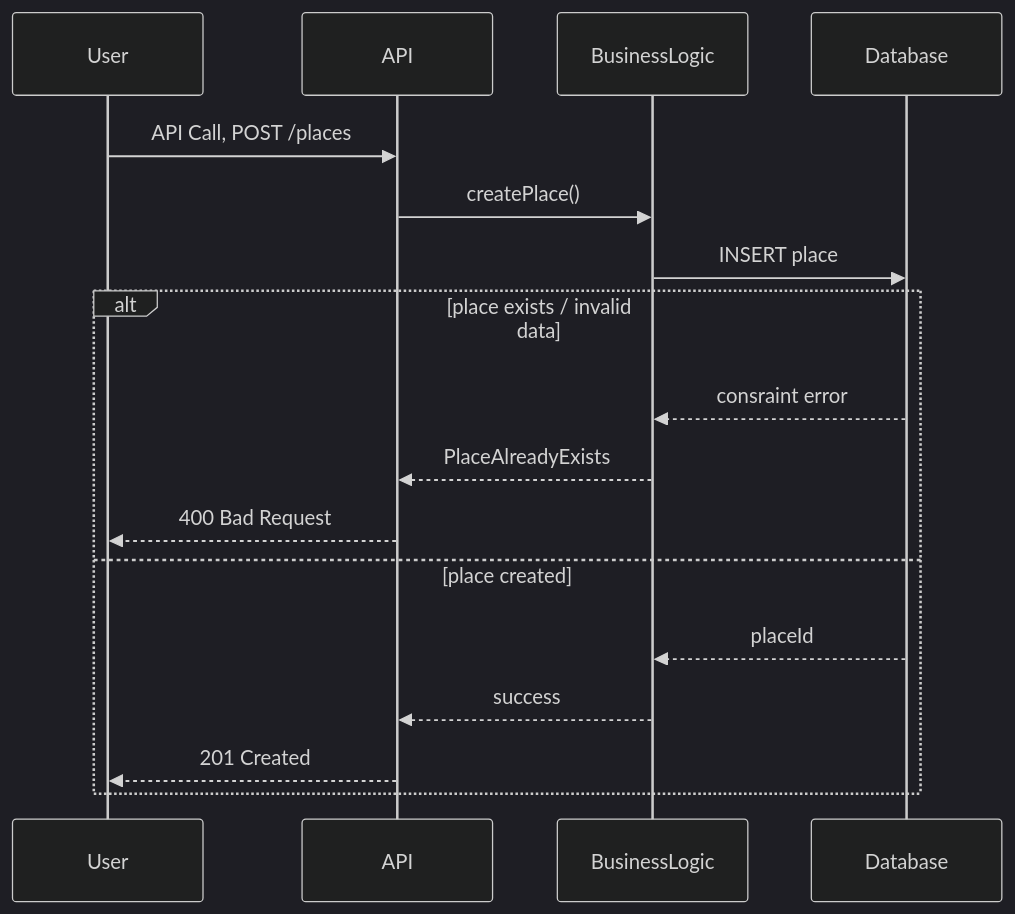
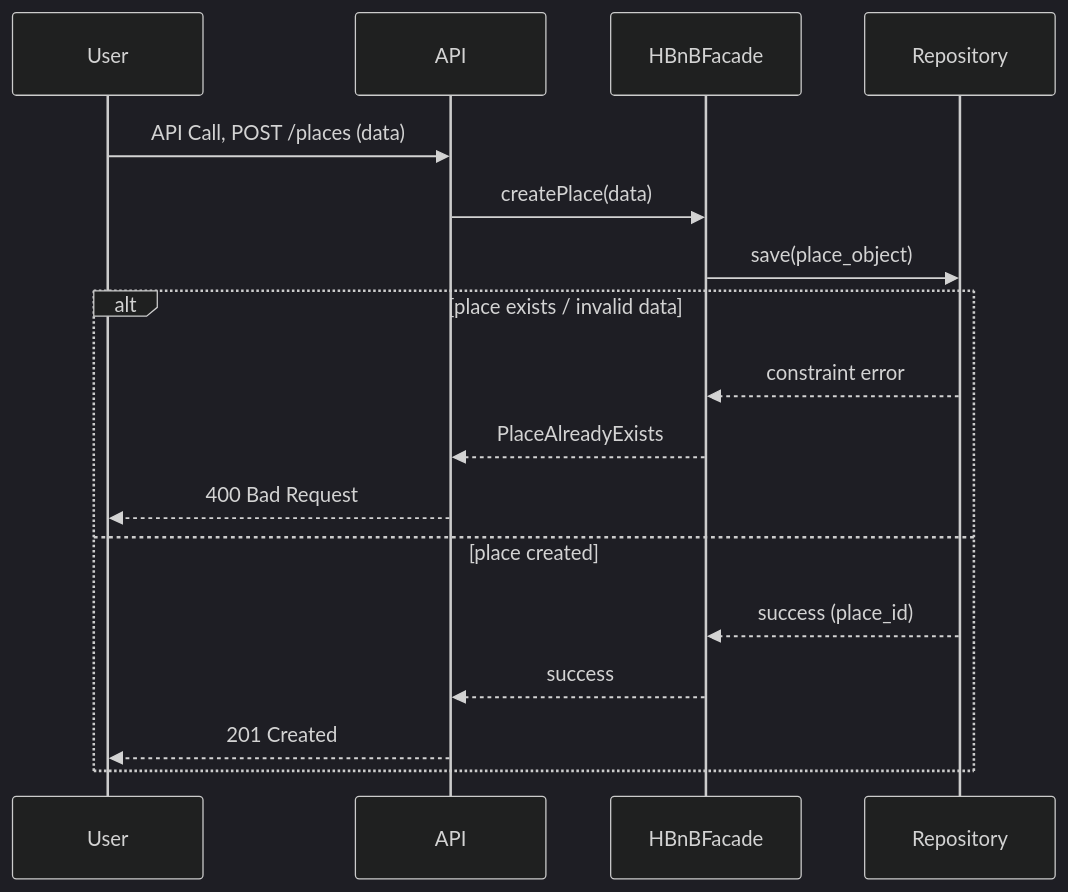
The fourth of 6 diagrams in part1/DOCUMENTATION_en.md (juliangf94/holbertonschool-hbnb), drawn with Mermaid (dark theme) before and after one commit. The commit also changed other lines of this file and 11 other files, not shown here.

````diff
--- a/part1/DOCUMENTATION_en.md
+++ b/part1/DOCUMENTATION_en.md
@@ -389,21 +258,21 @@
 ```mermaid
 sequenceDiagram
     participant User
     participant API
-    participant BusinessLogic
-    participant Database
+    participant HBnBFacade
+    participant Repository
 
-    User->>API: API Call, POST /places
-    API->>BusinessLogic: createPlace()
-    BusinessLogic->>Database: INSERT place
+    User->>API: API Call, POST /places (data)
+    API->>HBnBFacade: createPlace(data)
+    HBnBFacade->>Repository: save(place_object)
 
     alt place exists / invalid data
-        Database-->>BusinessLogic: consraint error
-        BusinessLogic-->>API: PlaceAlreadyExists
+        Repository-->>HBnBFacade: constraint error
+        HBnBFacade-->>API: PlaceAlreadyExists
         API-->>User: 400 Bad Request
     else place created
-        Database-->>BusinessLogic: placeId
-        BusinessLogic-->>API: success
+        Repository-->>HBnBFacade: success (place_id)
+        HBnBFacade-->>API: success
         API-->>User: 201 Created
 end
 ```
````
